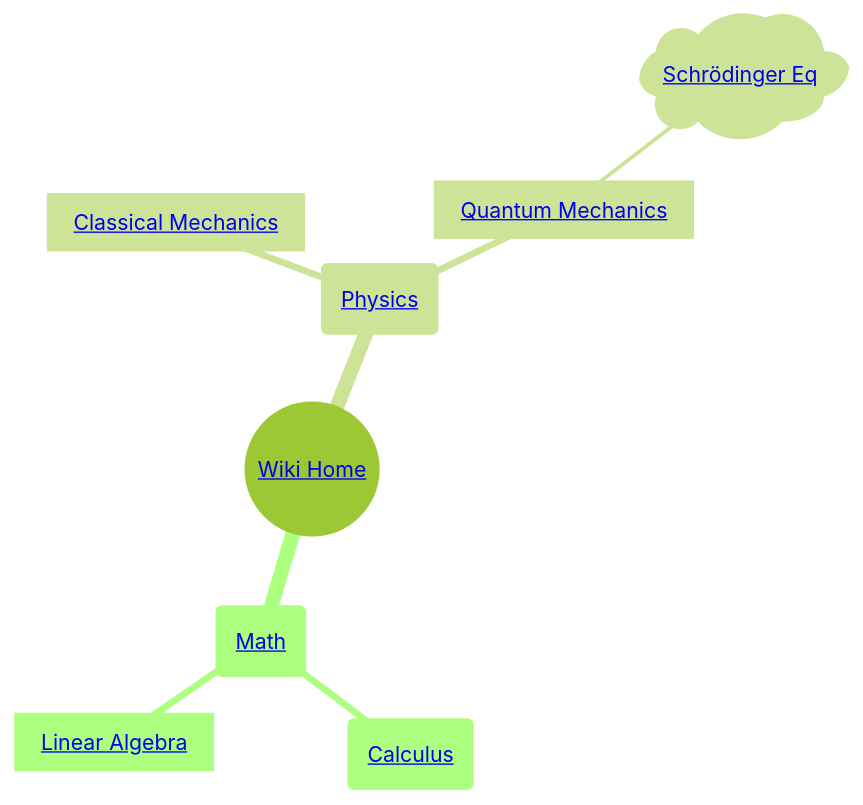
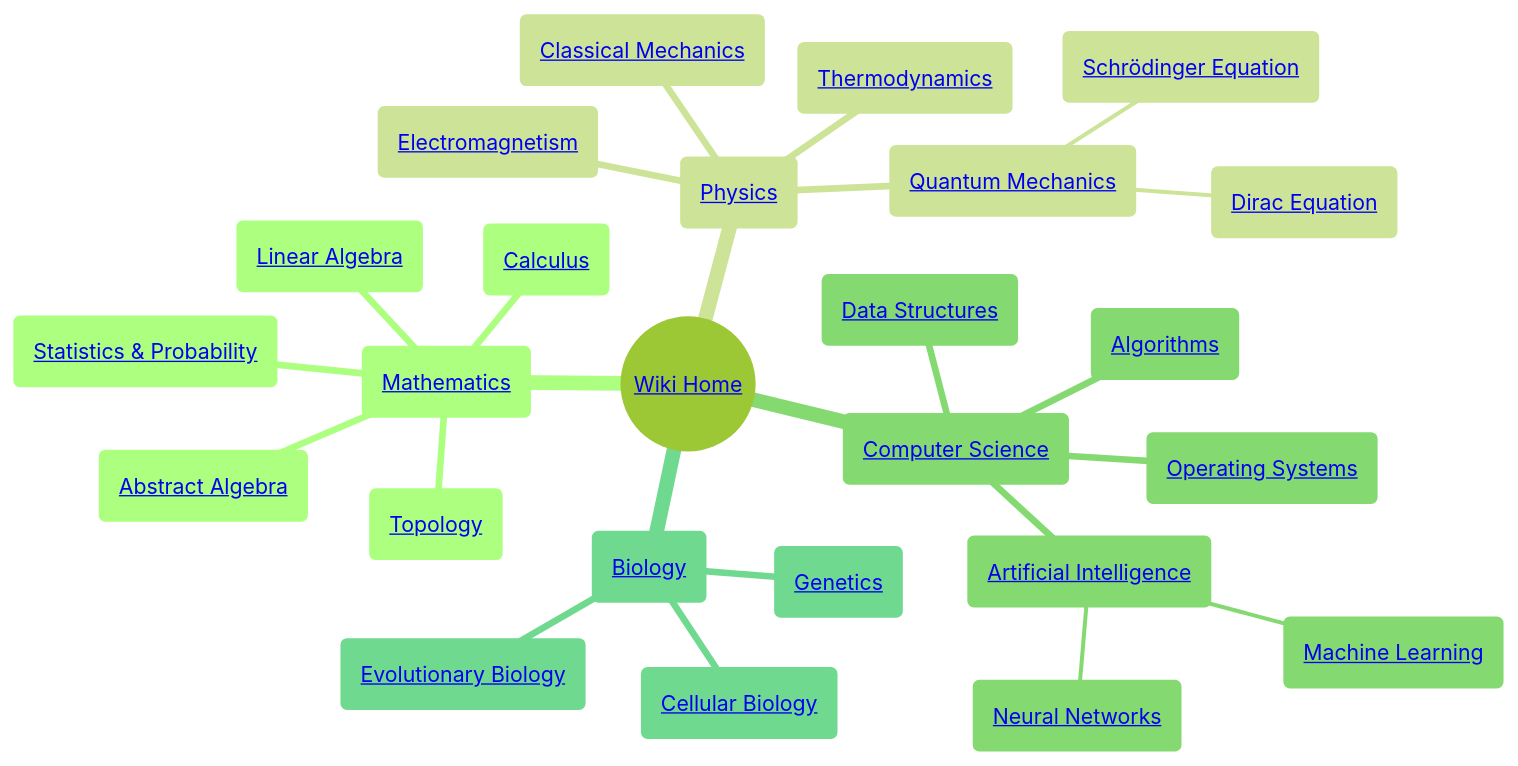
Before and after one commit to MKReyesH/ScientificWiki: the diagram in doc/Physics/example3.qmd, drawn with Mermaid (forest theme). The commit also changed other lines of this file, not shown here.

Commit message:
Testing mermaid compatibility

````diff
--- a/doc/Physics/example3.qmd
+++ b/doc/Physics/example3.qmd
@@ -36,11 +36,28 @@
 ```{mermaid}
 mindmap
   root(("<a href='index.html'>Wiki Home</a>"))
-    math_node("<a href='doc/Math/index.html'>Math</a>")
-      calc("<a href='doc/Math/Calculus.html'>Calculus</a>")
-      linalg["<a href='doc/Math/Linear_Algebra.html'>Linear Algebra</a>"]
+    math_node("<a href='doc/Math/index.html'>Mathematics</a>")
+      calc("<a href='#'>Calculus</a>")
+      linalg("<a href='#'>Linear Algebra</a>")
+      stats("<a href='#'>Statistics & Probability</a>")
+      topology("<a href='#'>Topology</a>")
+      algebra("<a href='#'>Abstract Algebra</a>")
     phys_node("<a href='doc/Physics/index.html'>Physics</a>")
-      cm["<a href='doc/Physics/Classical_Mechanics.html'>Classical Mechanics</a>"]
-      qm["<a href='doc/Physics/Quantum_Mechanics.html'>Quantum Mechanics</a>"]
-        seq)"<a href='doc/Physics/Schrodinger.html'>Schrödinger Eq</a>"(
+      cm("<a href='#'>Classical Mechanics</a>")
+      qm("<a href='#'>Quantum Mechanics</a>")
+        seq("<a href='#'>Schrödinger Equation</a>")
+        dirac("<a href='#'>Dirac Equation</a>")
+      thermo("<a href='#'>Thermodynamics</a>")
+      em("<a href='#'>Electromagnetism</a>")
+    cs_node("<a href='#'>Computer Science</a>")
+      algo("<a href='#'>Algorithms</a>")
+      ds("<a href='#'>Data Structures</a>")
+      ai("<a href='#'>Artificial Intelligence</a>")
+        ml("<a href='#'>Machine Learning</a>")
+        nn("<a href='#'>Neural Networks</a>")
+      os("<a href='#'>Operating Systems</a>")
+    bio_node("<a href='#'>Biology</a>")
+      gen("<a href='#'>Genetics</a>")
+      evo("<a href='#'>Evolutionary Biology</a>")
+      cell("<a href='#'>Cellular Biology</a>")
 ```
````
